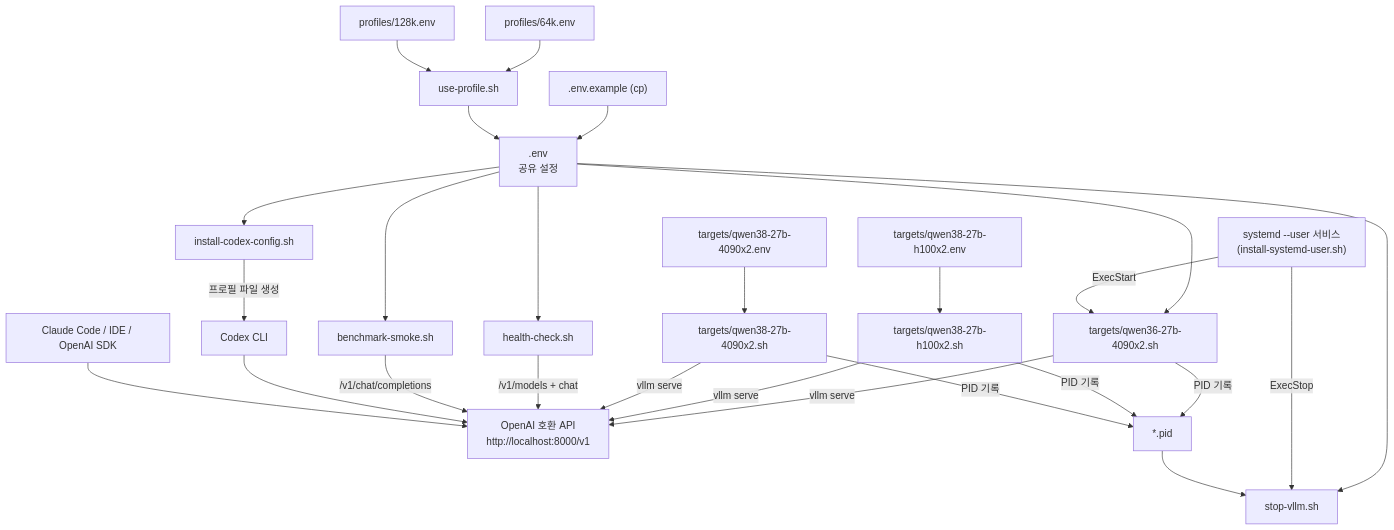
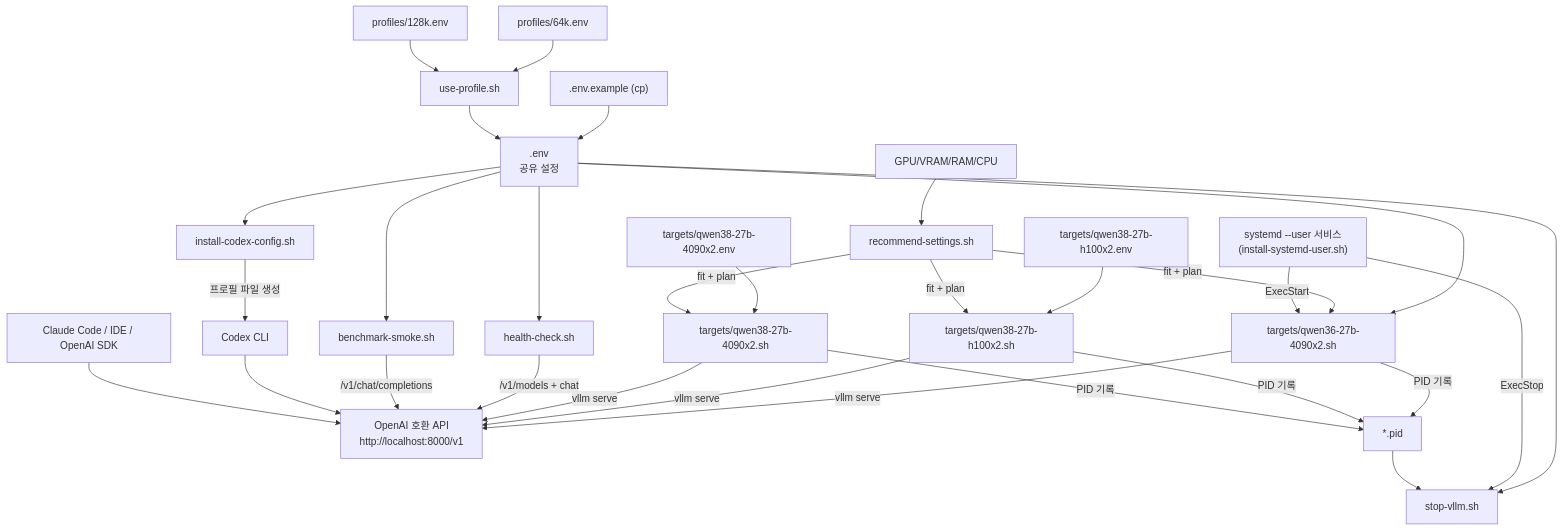
One commit to 33modeling/vllm-setting changed the diagram in docs/design.md. Above: the diagram before and after it, drawn with Mermaid. The commit also changed other lines of this file and 8 other files, not shown here.

````diff
--- a/docs/design.md
+++ b/docs/design.md
@@ -27,28 +30,32 @@
 ```mermaid
 flowchart TD
     P64["profiles/64k.env"] --> UP["use-profile.sh"]
     P128["profiles/128k.env"] --> UP
     EX[".env.example (cp)"] --> ENV[".env<br/>공유 설정"]
     UP --> ENV
     ENV --> RUN36["targets/qwen36-27b-4090x2.sh"]
     E38H["targets/qwen38-27b-h100x2.env"] --> RUN38H["targets/qwen38-27b-h100x2.sh"]
     E38C["targets/qwen38-27b-4090x2.env"] --> RUN38C["targets/qwen38-27b-4090x2.sh"]
+    HW["GPU/VRAM/RAM/CPU"] --> ADV["recommend-settings.sh"]
+    ADV -->|"fit + plan"| RUN36
+    ADV -->|"fit + plan"| RUN38H
+    ADV -->|"fit + plan"| RUN38C
     ENV --> STOP["stop-vllm.sh"]
     ENV --> HC["health-check.sh"]
     ENV --> BM["benchmark-smoke.sh"]
     ENV --> CX["install-codex-config.sh"]
     SYSD["systemd --user 서비스<br/>(install-systemd-user.sh)"] -->|ExecStart| RUN36
     SYSD -->|ExecStop| STOP
     RUN36 -->|vllm serve| API["OpenAI 호환 API<br/>http://localhost:8000/v1"]
     RUN38H -->|vllm serve| API
     RUN38C -->|vllm serve| API
     RUN36 -->|PID 기록| PID["*.pid"]
     RUN38H -->|PID 기록| PID
     RUN38C -->|PID 기록| PID
     PID --> STOP
     HC -->|/v1/models + chat| API
     BM -->|/v1/chat/completions| API
     CX -->|프로필 파일 생성| CODEX["Codex CLI"]
     CODEX --> API
     CLI["Claude Code / IDE / OpenAI SDK"] --> API
 ```
````
